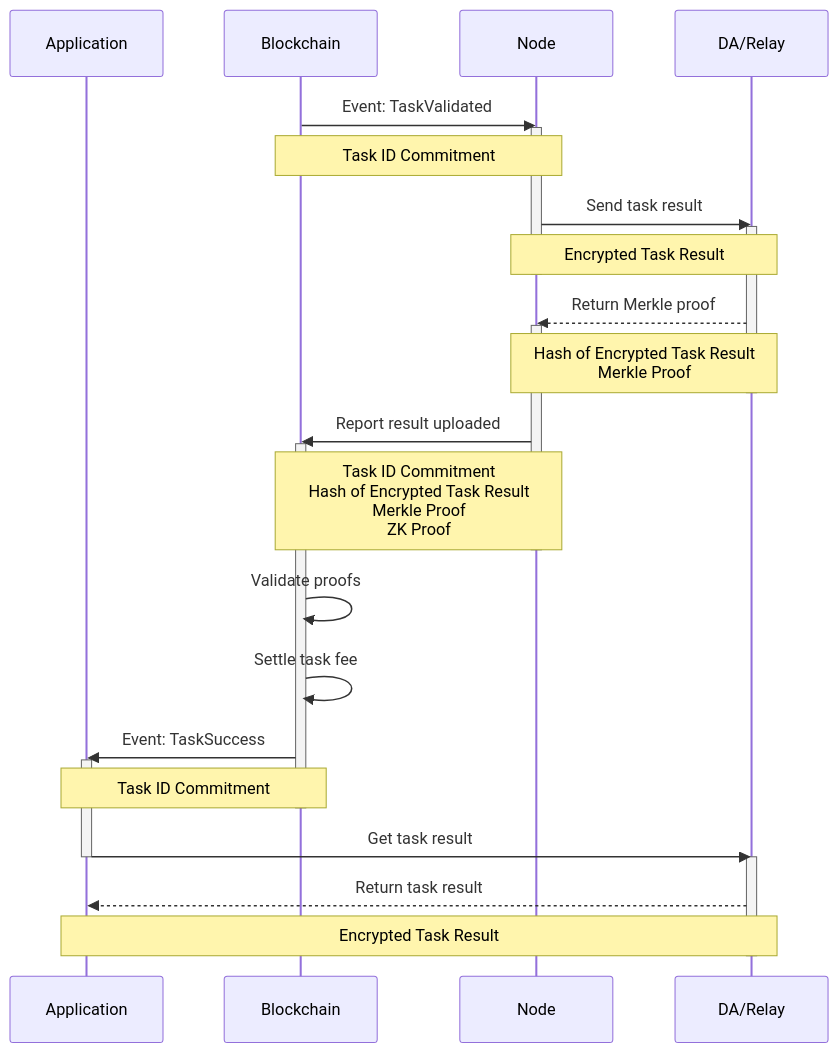
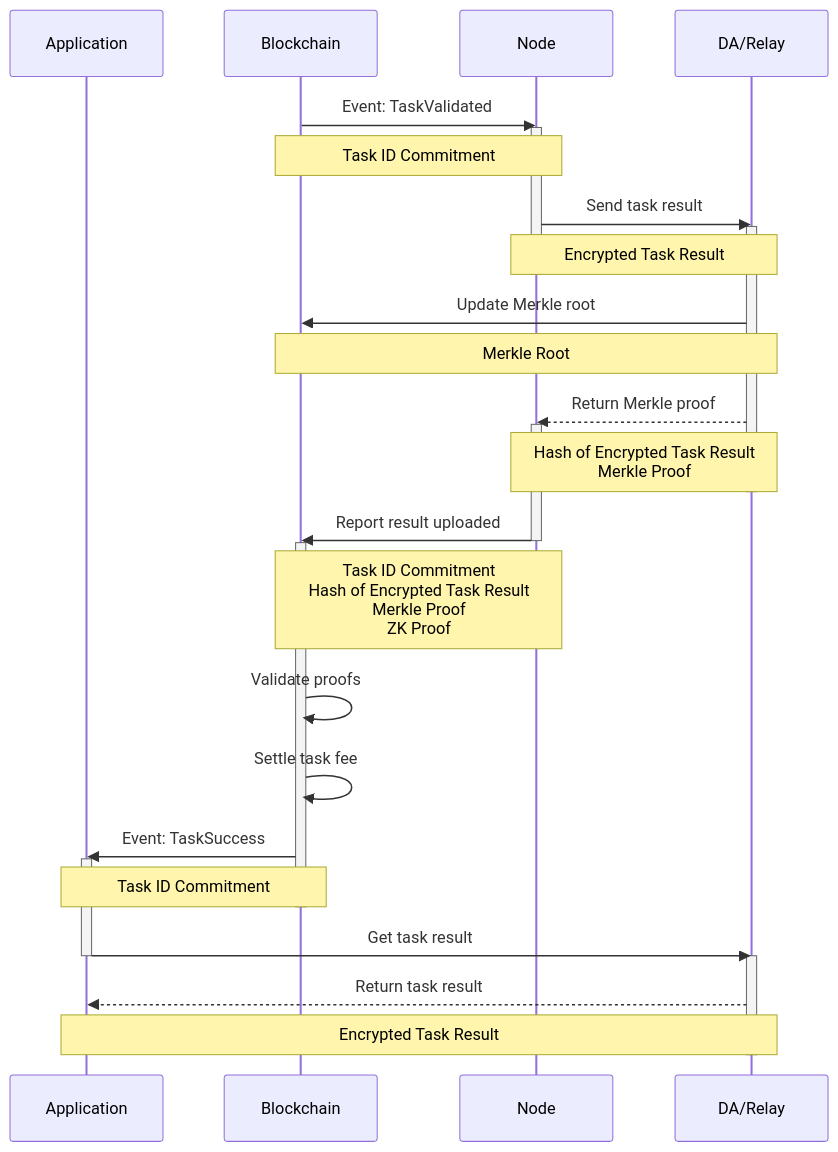
One commit to crynux-ai/documentation changed the sixth of 7 diagrams in gitbook/system-design/verifiable-secret-sampling.md. Above: the diagram before and after it, drawn with Mermaid. The commit also changed other lines of this file, not shown here.

Commit message:
GITBOOK-300: No subject

````diff
--- a/gitbook/system-design/verifiable-secret-sampling.md
+++ b/gitbook/system-design/verifiable-secret-sampling.md
@@ -312,36 +313,39 @@
 ```mermaid
 sequenceDiagram
     Participant A as Application
     Participant B as Blockchain
     Participant N as Node
     Participant D as DA/Relay
 
     B ->> N: Event: TaskValidated
     activate N
     Note over B,N: Task ID Commitment
     N ->> D: Send task result
     activate D
     Note over N,D: Encrypted Task Result
     deactivate N
+    D ->> B: Update Merkle root
+    Note over B,D: Merkle Root
     D -->> N: Return Merkle proof
     activate N
     Note over N,D: Hash of Encrypted Task Result<br/>Merkle Proof
     deactivate D
     N ->> B: Report result uploaded
+    deactivate N
     activate B
     Note over B,N: Task ID Commitment<br/>Hash of Encrypted Task Result<br/>Merkle Proof<br/>ZK Proof
-    deactivate N
+    
     B ->> B: Validate proofs
     B ->> B: Settle task fee
     B ->> A: Event: TaskSuccess 
     activate A
     Note over A,B: Task ID Commitment
     deactivate B
     A ->> D: Get task result
     deactivate A
     activate D
     D -->> A: Return task result
     note over A,D: Encrypted Task Result
     deactivate D
 
 ```
````
